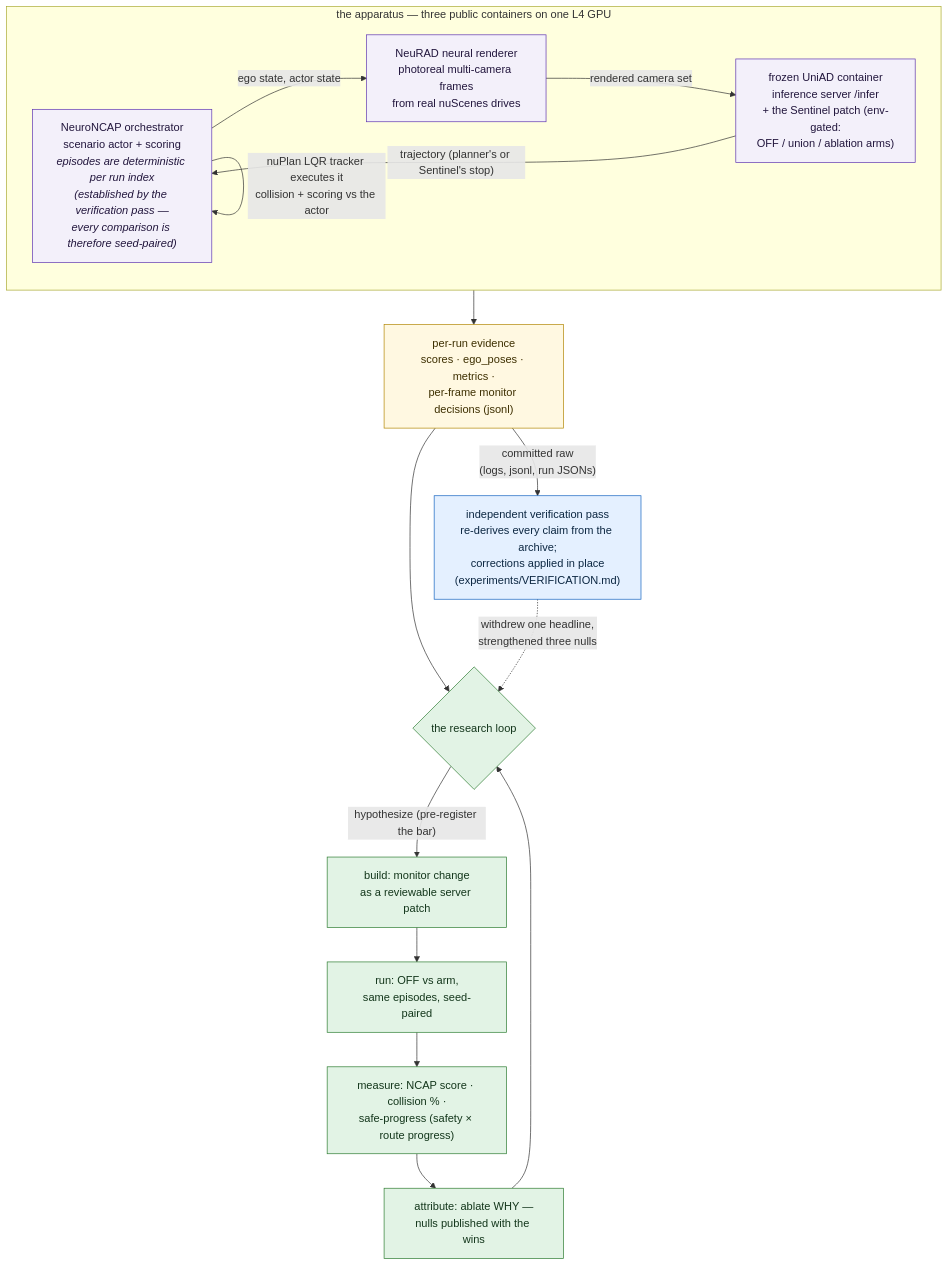
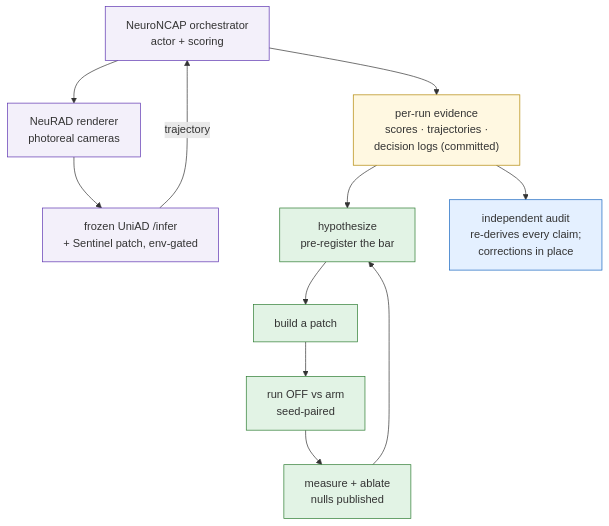
The third of 3 diagrams in README.md (manfromnowhere143/sentinel), drawn with Mermaid before and after one commit. The commit also changed other lines of this file, not shown here.

First line of the commit message:
README: bring every diagram under the mobile renderer's per-block size ceiling

````diff
--- a/README.md
+++ b/README.md
@@ -182,30 +177,17 @@
 ```mermaid
 flowchart TB
-  subgraph STACK["the apparatus — three public containers on one L4 GPU"]
-    direction LR
-    ORCH["NeuroNCAP orchestrator<br/>scenario actor + scoring<br/><i>episodes are deterministic per run index<br/>(established by the verification pass —<br/>every comparison is therefore seed-paired)</i>"]
-    REND["NeuRAD neural renderer<br/>photoreal multi-camera frames<br/>from real nuScenes drives"]
-    MODEL["frozen UniAD container<br/>inference server /infer<br/>+ the Sentinel patch (env-gated:<br/>OFF / union / ablation arms)"]
-    ORCH -- "ego state, actor state" --> REND
-    REND -- "rendered camera set" --> MODEL
-    MODEL -- "trajectory (planner's or Sentinel's stop)" --> ORCH
-    ORCH -- "nuPlan LQR tracker executes it<br/>collision + scoring vs the actor" --> ORCH
-  end
-  STACK --> EVID["per-run evidence<br/>scores · ego_poses · metrics ·<br/>per-frame monitor decisions (jsonl)"]
-  EVID --> LOOP{"the research loop"}
-  LOOP -- "hypothesize (pre-register the bar)" --> BUILD["build: monitor change<br/>as a reviewable server patch"]
-  BUILD --> RUN["run: OFF vs arm,<br/>same episodes, seed-paired"]
-  RUN --> MEASURE["measure: NCAP score · collision % ·<br/>safe-progress (safety × route progress)"]
-  MEASURE --> ATTR["attribute: ablate WHY —<br/>nulls published with the wins"]
-  ATTR --> LOOP
-  EVID -- "committed raw<br/>(logs, jsonl, run JSONs)" --> AUDIT["independent verification pass<br/>re-derives every claim from the archive;<br/>corrections applied in place<br/>(experiments/VERIFICATION.md)"]
-  AUDIT -. "withdrew one headline,<br/>strengthened three nulls" .-> LOOP
-  classDef stack fill:#f3f0fa,stroke:#5e35b1,color:#22163d;
-  classDef loop fill:#e2f3e5,stroke:#2e7d32,color:#13361b;
-  classDef ev fill:#fff8e1,stroke:#b28704,color:#3d2f00;
-  classDef audit fill:#e4f0ff,stroke:#1565c0,color:#0c2742;
+  ORCH["NeuroNCAP orchestrator<br/>actor + scoring"] --> REND["NeuRAD renderer<br/>photoreal cameras"]
+  REND --> MODEL["frozen UniAD /infer<br/>+ Sentinel patch, env-gated"]
+  MODEL -- "trajectory" --> ORCH
+  ORCH --> EVID["per-run evidence<br/>scores · trajectories ·<br/>decision logs (committed)"]
+  EVID --> H["hypothesize<br/>pre-register the bar"] --> B2["build a patch"] --> R2["run OFF vs arm<br/>seed-paired"] --> M2["measure + ablate<br/>nulls published"] --> H
+  EVID --> AUD["independent audit<br/>re-derives every claim;<br/>corrections in place"]
+  classDef stack fill:#f3f0fa,stroke:#5e35b1;
+  classDef loop fill:#e2f3e5,stroke:#2e7d32;
+  classDef ev fill:#fff8e1,stroke:#b28704;
+  classDef audit fill:#e4f0ff,stroke:#1565c0;
   class ORCH,REND,MODEL stack;
-  class LOOP,BUILD,RUN,MEASURE,ATTR loop;
+  class H,B2,R2,M2 loop;
   class EVID ev;
-  class AUDIT audit;
+  class AUD audit;
 ```
````
